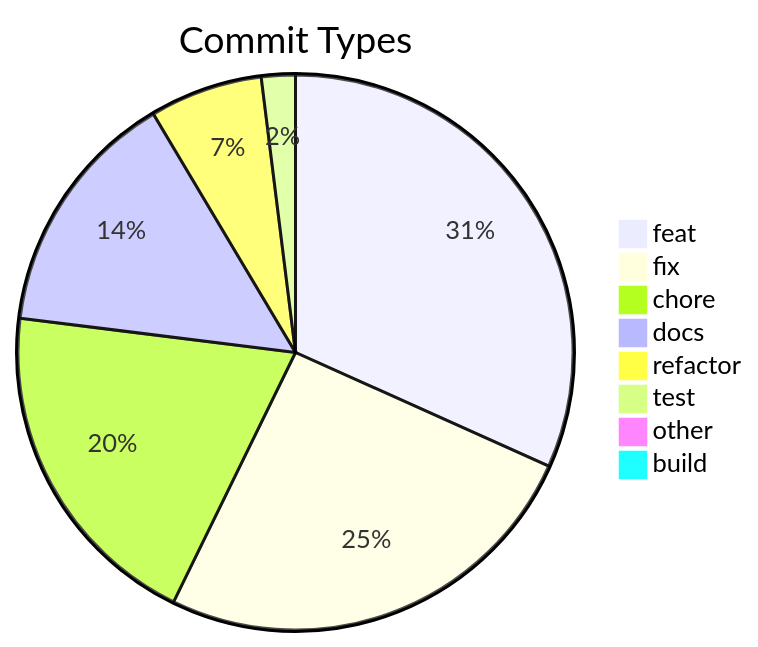
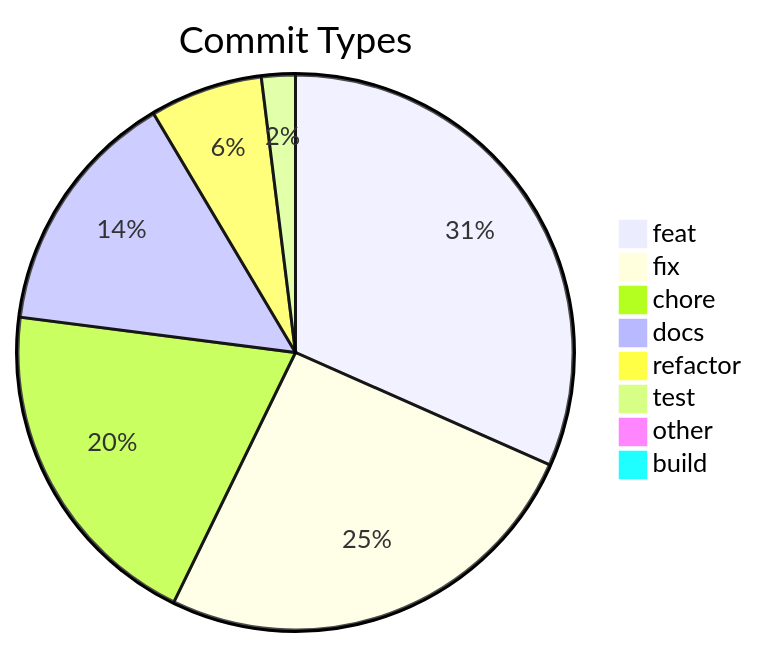
The diagram in .shipwright/compliance/change-history.md (svenroth-ai/shipwright), drawn with Mermaid before and after one commit. The commit also changed other lines of this file and 33 other files, not shown here.

````diff
--- a/.shipwright/compliance/change-history.md
+++ b/.shipwright/compliance/change-history.md
@@ -8,11 +8,11 @@
 ```mermaid
 pie title Commit Types
     "feat" : 241
-    "fix" : 194
-    "chore" : 150
+    "fix" : 195
+    "chore" : 151
     "docs" : 110
     "refactor" : 50
     "test" : 15
     "other" : 7
     "build" : 1
 ```
````
